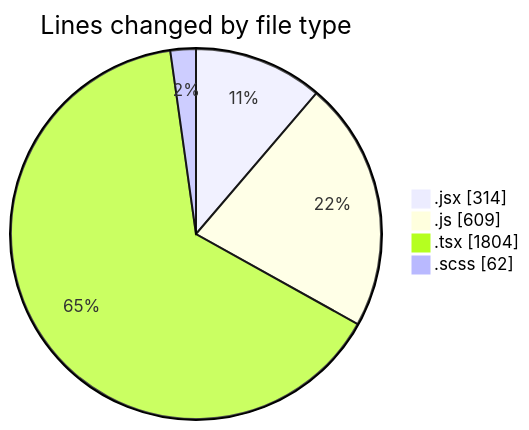
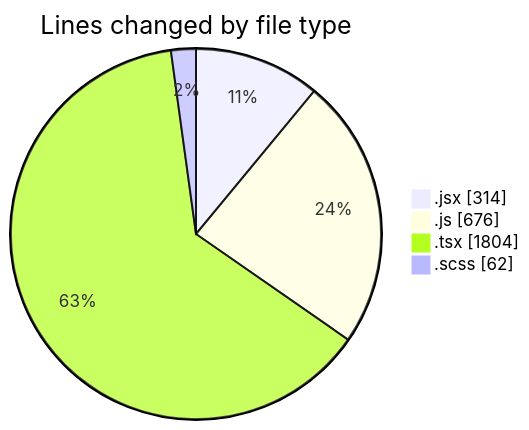
Before and after one commit to momahboobian/code-tracking: the first of 2 diagrams in 2026-02-12/cda/README.md, drawn with Mermaid. The commit also changed other lines of this file and 1 other file, not shown here.

````diff
--- a/2026-02-12/cda/README.md
+++ b/2026-02-12/cda/README.md
@@ -27,8 +27,8 @@
 ```mermaid
 pie showData
 title Lines changed by file type
 ".jsx" : 314
-".js" : 609
+".js" : 676
 ".tsx" : 1804
 ".scss" : 62
 ```
````
